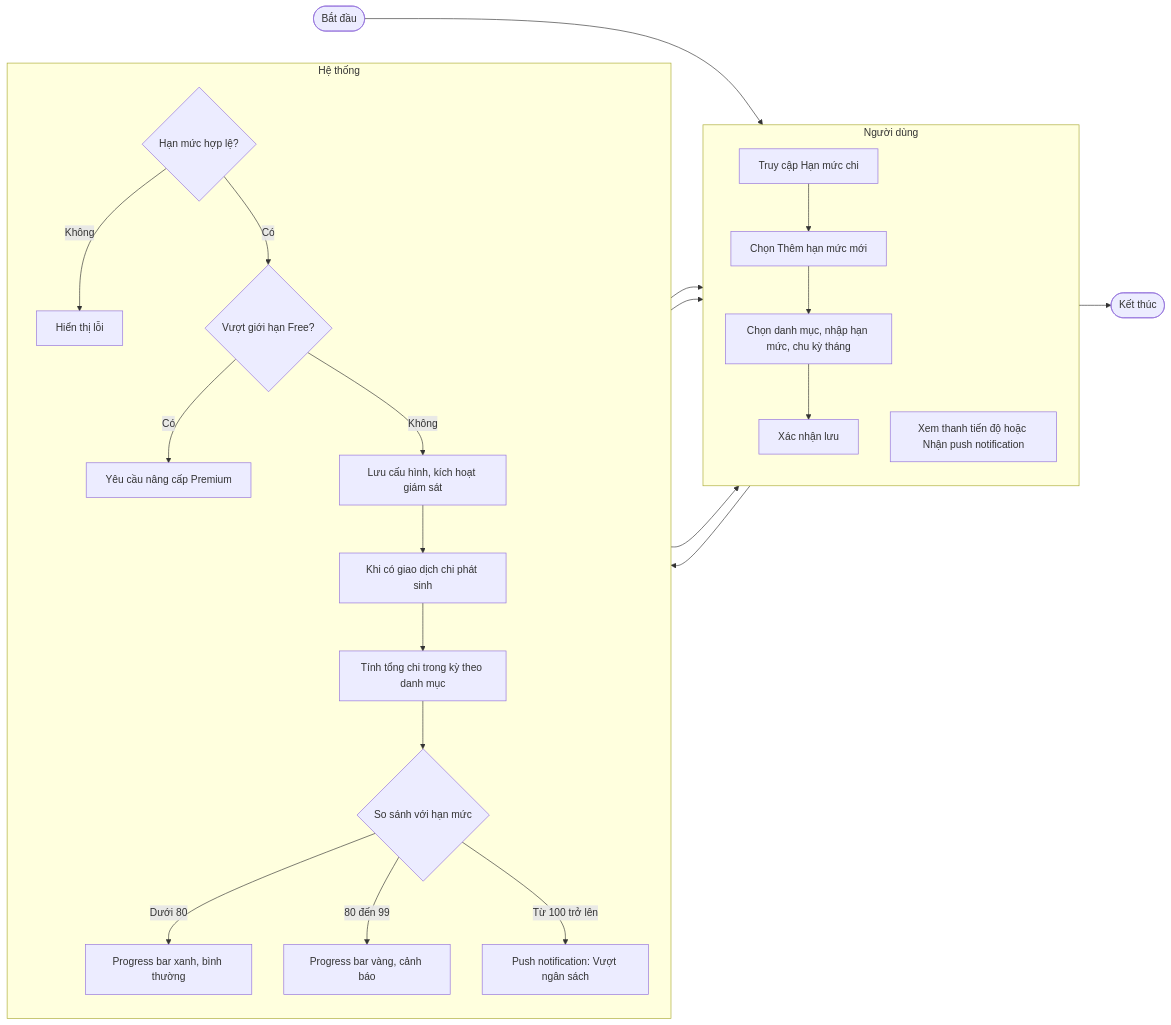
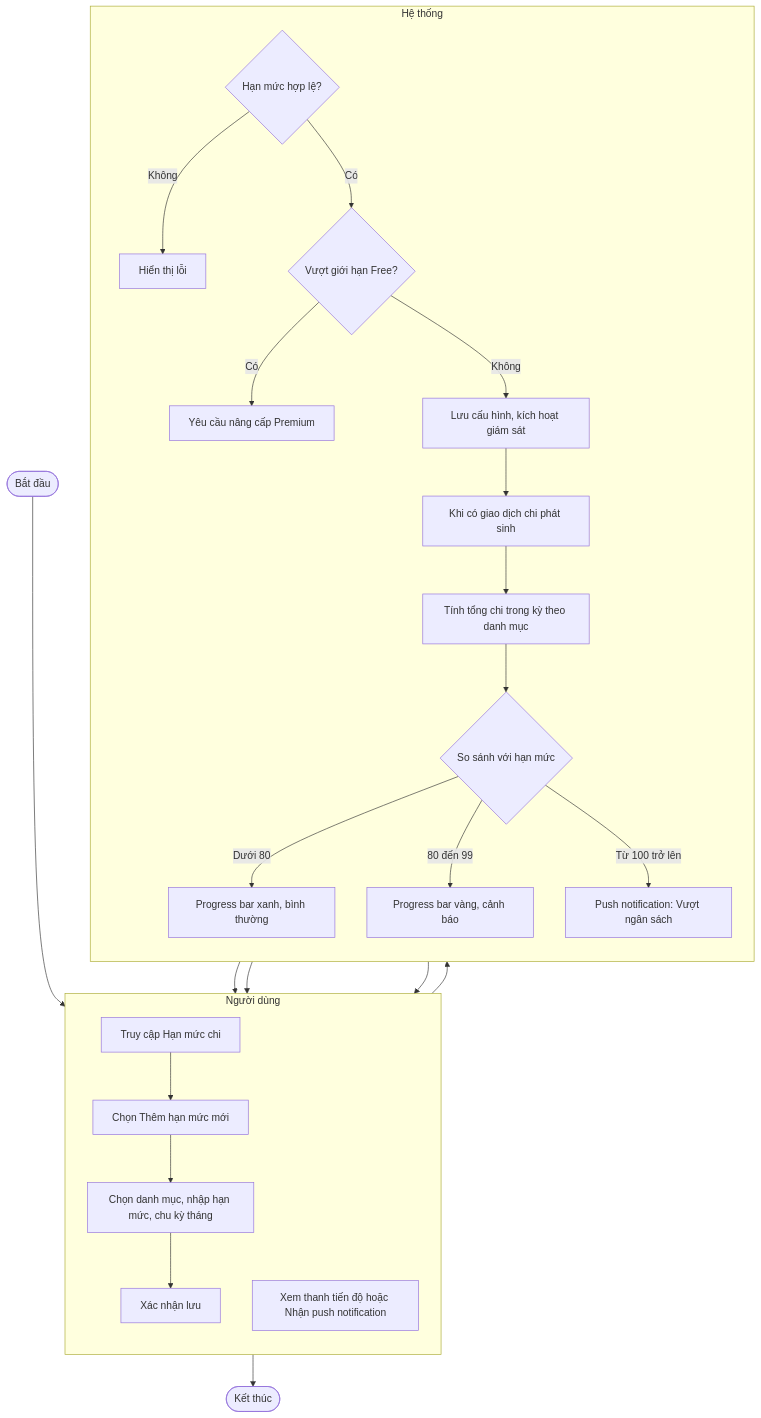
Before and after one commit to Hieu-vn/Graduation-Thesis: the sixth of 10 diagrams in Nghiên cứu MISA MoneyKeeper.md, drawn with Mermaid. The commit also changed other lines of this file, not shown here.

````diff
--- a/Nghiên cứu MISA MoneyKeeper.md
+++ b/Nghiên cứu MISA MoneyKeeper.md
@@ -311,50 +311,50 @@
 ```mermaid
-flowchart LR
+flowchart TD
     A([Bắt đầu])
 
     subgraph NguoiDung["Người dùng"]
         direction TB
         B[Truy cập Hạn mức chi]
         C[Chọn Thêm hạn mức mới]
         D[Chọn danh mục, nhập hạn mức, chu kỳ tháng]
         E[Xác nhận lưu]
         K[Xem thanh tiến độ hoặc Nhận push notification]
     end
 
     subgraph HeThong["Hệ thống"]
         direction TB
         F{Hạn mức hợp lệ?}
         F2[Hiển thị lỗi]
         G{Vượt giới hạn Free?}
         G2[Yêu cầu nâng cấp Premium]
         H[Lưu cấu hình, kích hoạt giám sát]
         I[Khi có giao dịch chi phát sinh]
         I2[Tính tổng chi trong kỳ theo danh mục]
         J{So sánh với hạn mức}
         J1[Progress bar xanh, bình thường]
         J2[Progress bar vàng, cảnh báo]
         J3[Push notification: Vượt ngân sách]
     end
 
     L([Kết thúc])
 
     A --> B
     B --> C
     C --> D
     D --> E
     E --> F
     F -->|Không| F2
     F -->|Có| G
     G -->|Có| G2
     G -->|Không| H
     H --> I
     I --> I2
     I2 --> J
     J -->|Dưới 80| J1
     J -->|80 đến 99| J2
     J -->|Từ 100 trở lên| J3
     J1 --> K
     J2 --> K
     J3 --> K
     K --> L
 ```
````
